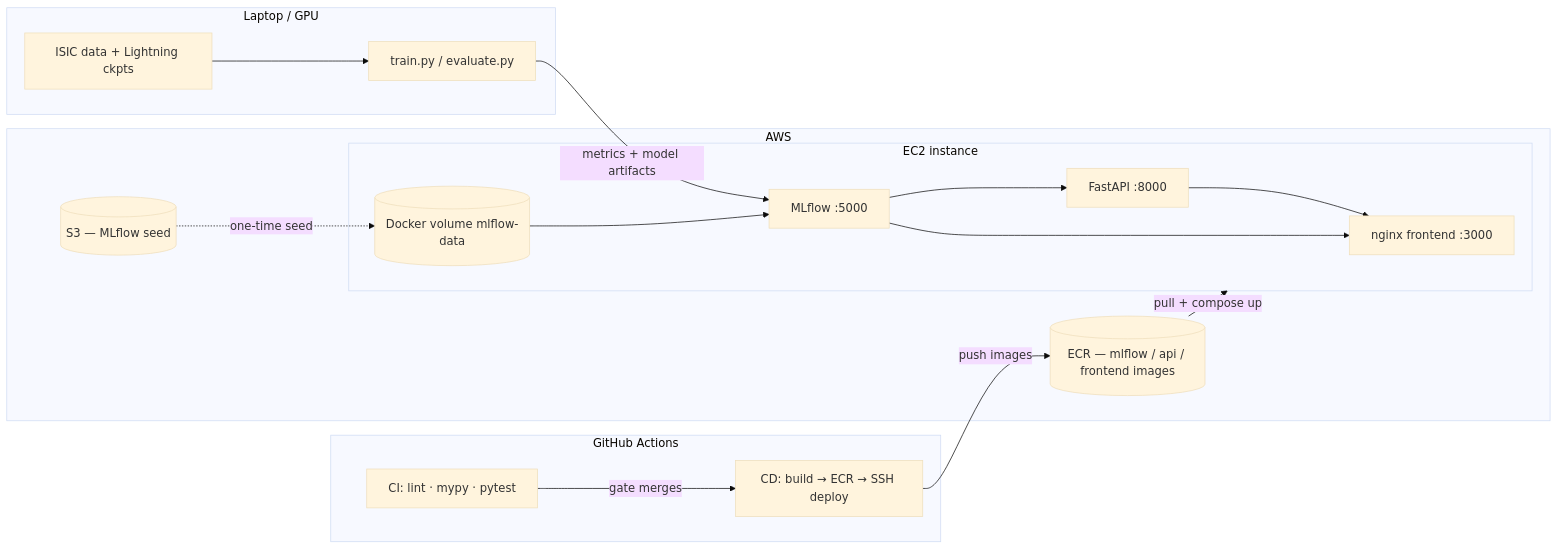
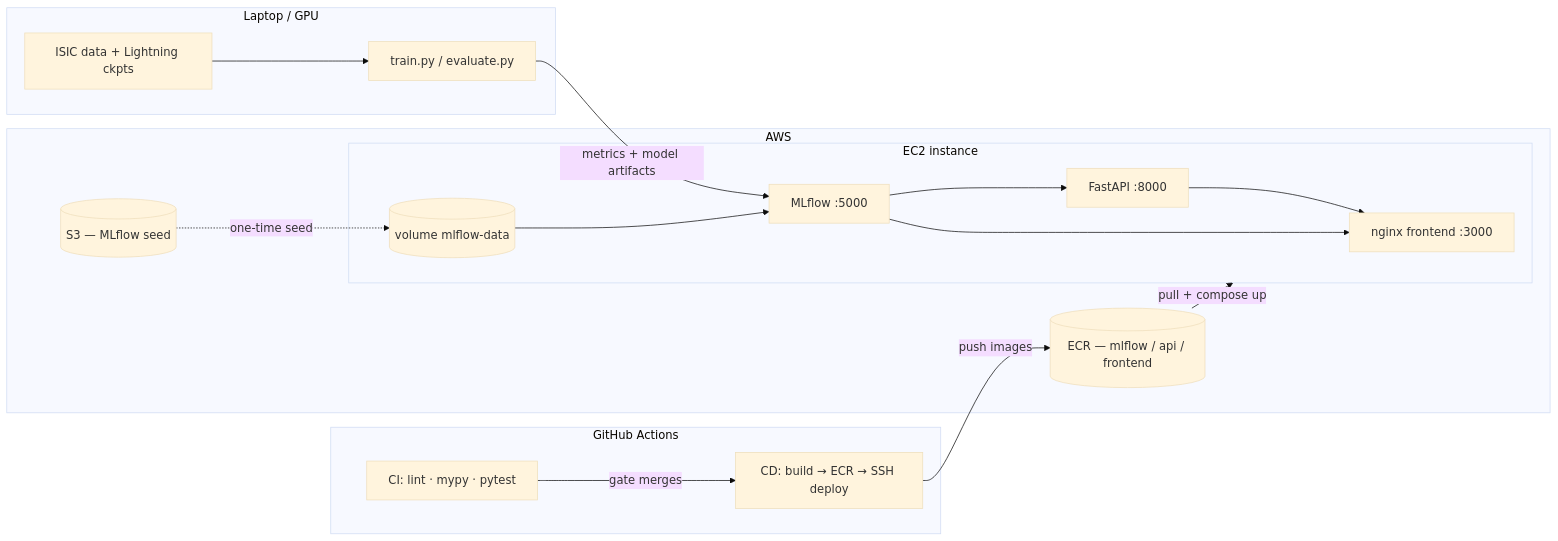
Before and after one commit to MuhammadNisarWCSS/Melanoma-Detection: the second of 3 diagrams in README.md, drawn with Mermaid (base theme). The commit also changed other lines of this file and 60 other files, not shown here.

````diff
--- a/README.md
+++ b/README.md
@@ -468,34 +469,31 @@
 ```mermaid
 flowchart LR
     subgraph Laptop["Laptop / GPU"]
         Train[train.py / evaluate.py]
         Data[ISIC data + Lightning ckpts]
     end
-
     subgraph AWS["AWS"]
         S3[(S3 — MLflow seed)]
-        ECR[(ECR — mlflow / api / frontend images)]
+        ECR[(ECR — mlflow / api / frontend)]
         subgraph EC2["EC2 instance"]
             FE[nginx frontend :3000]
             API[FastAPI :8000]
             ML[MLflow :5000]
-            Vol[(Docker volume mlflow-data)]
+            Vol[(volume mlflow-data)]
         end
     end
-
     subgraph GHA["GitHub Actions"]
         CI[CI: lint · mypy · pytest]
         CD[CD: build → ECR → SSH deploy]
     end
-
+    Data --> Train
     Train -->|metrics + model artifacts| ML
-    Data --> Train
     S3 -.->|one-time seed| Vol
     Vol --> ML
     ML --> API
     API --> FE
     ML --> FE
     CD -->|push images| ECR
     ECR -->|pull + compose up| EC2
     CI -->|gate merges| CD
 ```
````
